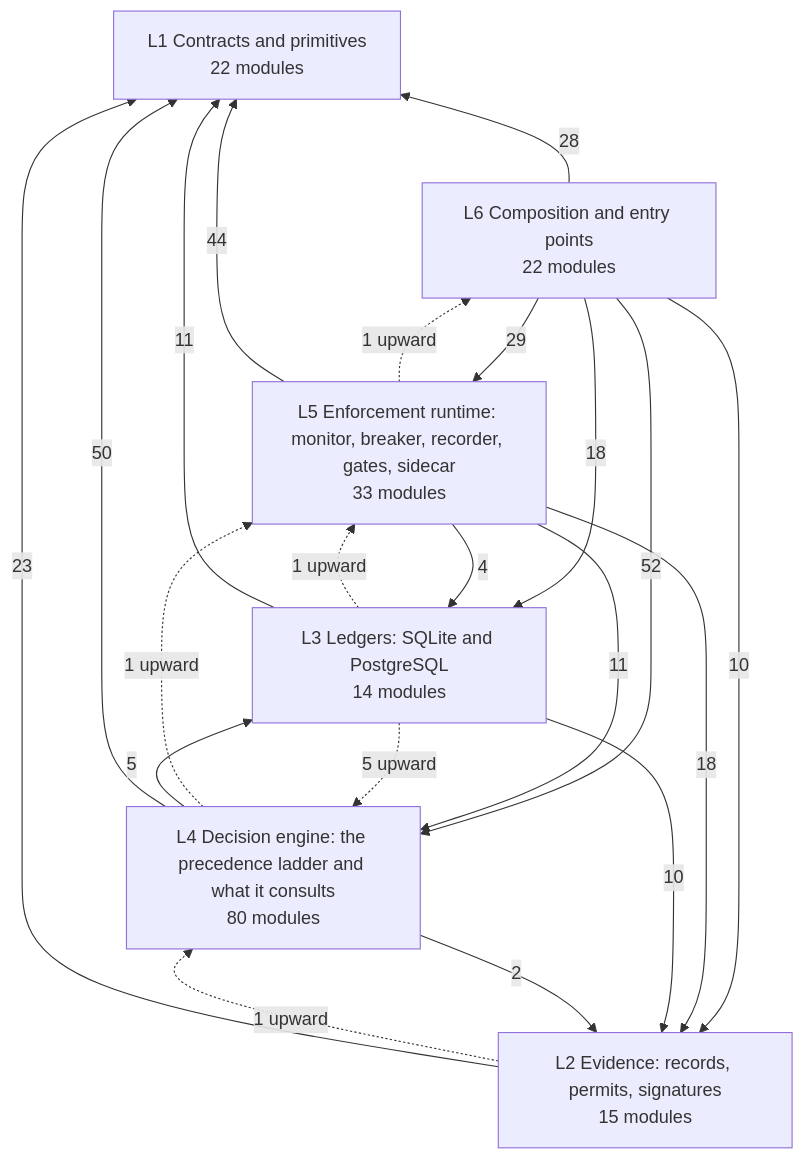
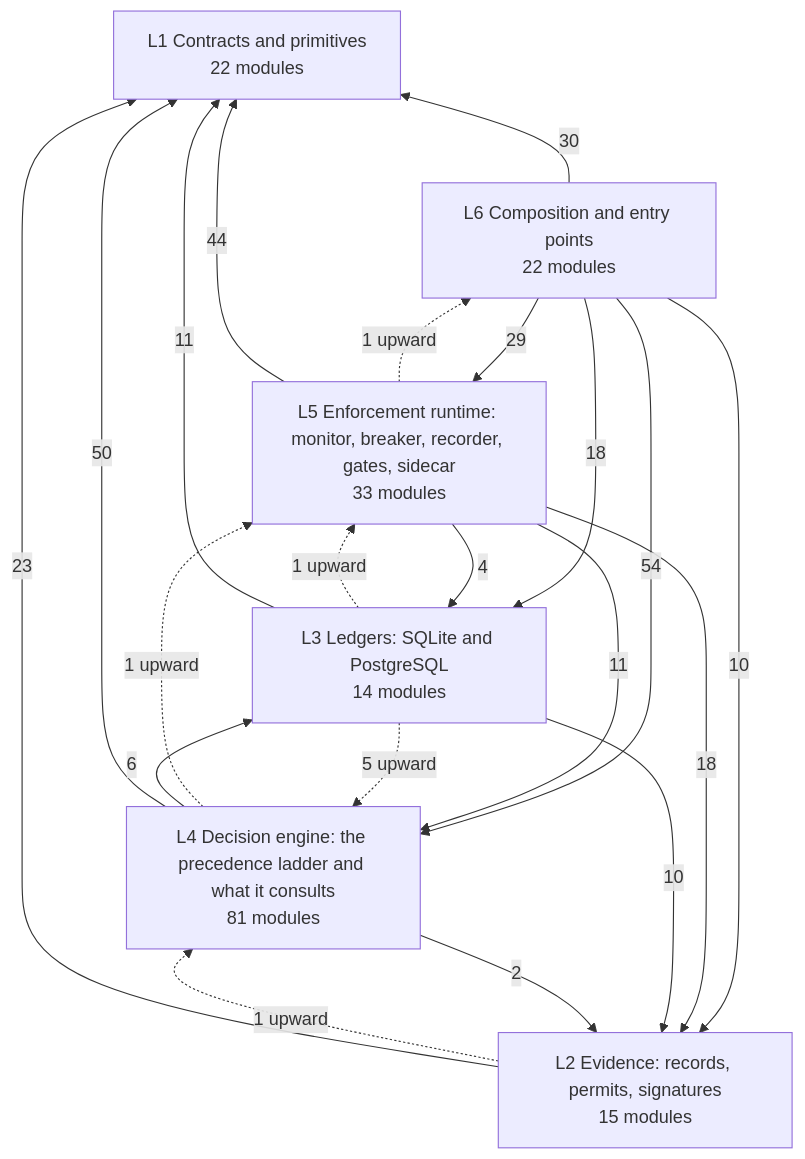
The diagram in docs/architecture/DEPENDENCIES.md (LOLA0786/privatevault-agent-dna), drawn with Mermaid before and after one commit. The commit also changed other lines of this file and 20 other files, not shown here.

````diff
--- a/docs/architecture/DEPENDENCIES.md
+++ b/docs/architecture/DEPENDENCIES.md
@@ -12,29 +12,29 @@
 ```mermaid
 flowchart BT
   L1["L1 Contracts and primitives<br/>22 modules"]
   L2["L2 Evidence: records, permits, signatures<br/>15 modules"]
   L3["L3 Ledgers: SQLite and PostgreSQL<br/>14 modules"]
-  L4["L4 Decision engine: the precedence ladder and what it consults<br/>80 modules"]
+  L4["L4 Decision engine: the precedence ladder and what it consults<br/>81 modules"]
   L5["L5 Enforcement runtime: monitor, breaker, recorder, gates, sidecar<br/>33 modules"]
   L6["L6 Composition and entry points<br/>22 modules"]
   L2 -->|23| L1
   L3 -->|11| L1
   L3 -->|10| L2
   L4 -->|50| L1
   L4 -->|2| L2
-  L4 -->|5| L3
+  L4 -->|6| L3
   L5 -->|44| L1
   L5 -->|18| L2
   L5 -->|4| L3
   L5 -->|11| L4
-  L6 -->|28| L1
+  L6 -->|30| L1
   L6 -->|10| L2
   L6 -->|18| L3
-  L6 -->|52| L4
+  L6 -->|54| L4
   L6 -->|29| L5
   L2 -.->|1 upward| L4
   L3 -.->|5 upward| L4
   L3 -.->|1 upward| L5
   L4 -.->|1 upward| L5
   L5 -.->|1 upward| L6
 ```
````
